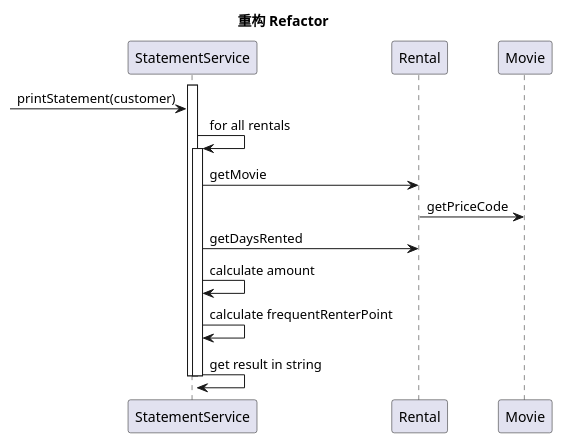
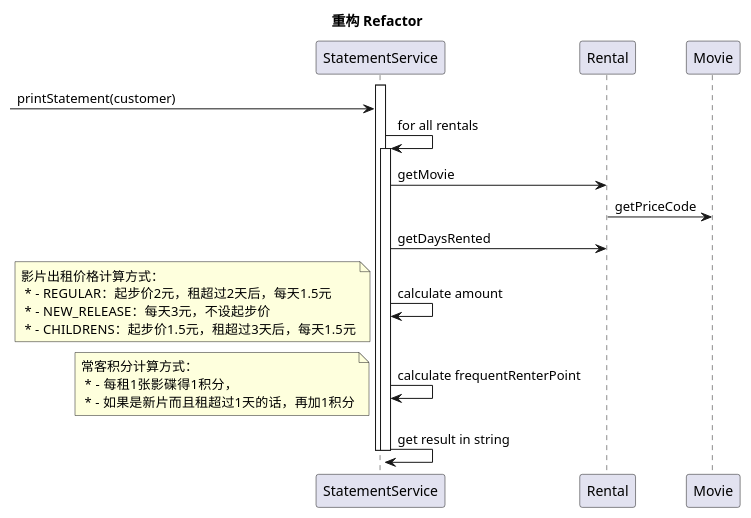
One commit to abigail830/refactor-demo changed the diagram in ori_flow.plantuml. Above: the diagram before and after it, drawn with PlantUML.

```diff
--- a/ori_flow.plantuml
+++ b/ori_flow.plantuml
@@ -1,25 +1,40 @@
 @startuml
 
 title 重构 Refactor
 
 
 activate StatementService
 
 [-> StatementService : printStatement(customer)
 
 
 StatementService -> StatementService: for all rentals
 activate StatementService
 
 StatementService -> Rental: getMovie
 Rental -> Movie: getPriceCode
 StatementService -> Rental: getDaysRented
 
 StatementService -> StatementService: calculate amount
+note left
+影片出租价格计算方式：
+ *  - REGULAR：起步价2元，租超过2天后，每天1.5元
+ *  - NEW_RELEASE：每天3元，不设起步价
+ *  - CHILDRENS：起步价1.5元，租超过3天后，每天1.5元
+end note
+
+
 StatementService -> StatementService: calculate frequentRenterPoint
+note left
+常客积分计算方式：
+ *  - 每租1张影碟得1积分，
+ *  - 如果是新片而且租超过1天的话，再加1积分
+end note
+
 StatementService -> StatementService: get result in string
+
 deactivate StatementService
 
 deactivate StatementService
 
 @enduml
```
